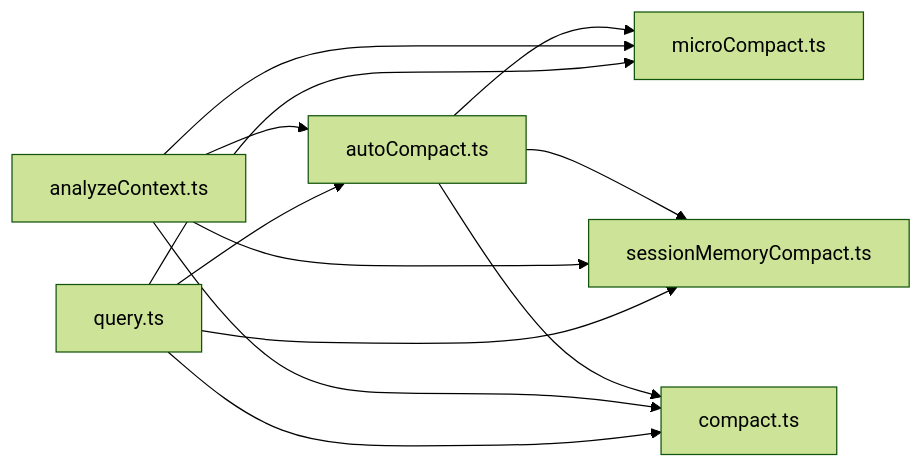
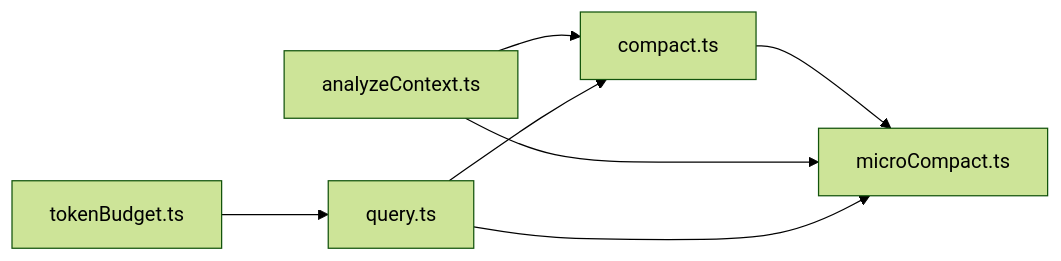
One commit to yuanliu147/claude-code changed the eighth of 8 diagrams in .qoder/repowiki/zh/content/上下文管理系统/上下文管理系统.md. Above: the diagram before and after it, drawn with Mermaid (forest theme). The commit also changed other lines of this file and 5 other files, not shown here.

````diff
--- a/.qoder/repowiki/zh/content/上下文管理系统/上下文管理系统.md
+++ b/.qoder/repowiki/zh/content/上下文管理系统/上下文管理系统.md
@@ -345,14 +321,9 @@
 ```mermaid
 graph LR
-AC["autoCompact.ts"] --> MC["microCompact.ts"]
-AC --> SM["sessionMemoryCompact.ts"]
-AC --> CD["compact.ts"]
-AN["analyzeContext.ts"] --> AC
+CD["compact.ts"] --> MC["microCompact.ts"]
+AN["analyzeContext.ts"] --> CD
 AN --> MC
-AN --> SM
-AN --> CD
-Q["query.ts"] --> AC
+Q["query.ts"] --> CD
 Q --> MC
-Q --> SM
-Q --> CD
+TB["tokenBudget.ts"] --> Q
 ```
````
